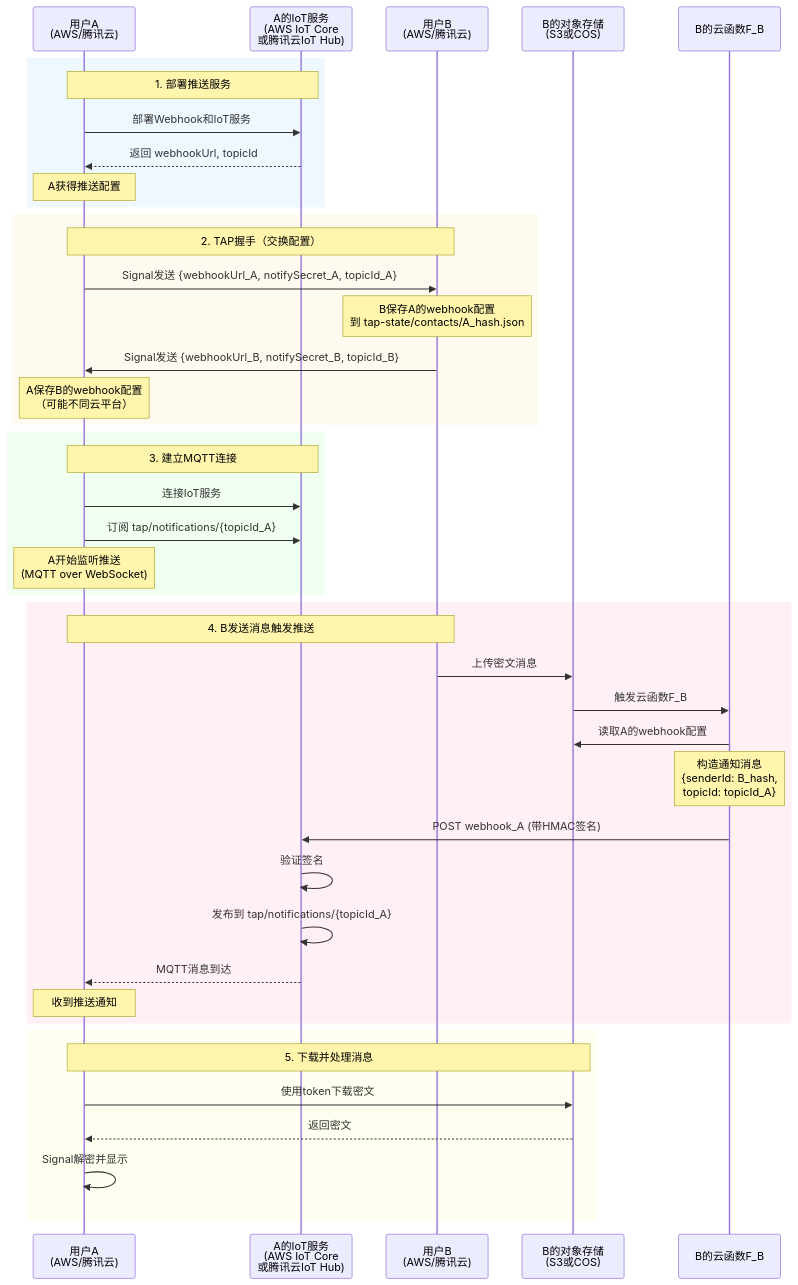
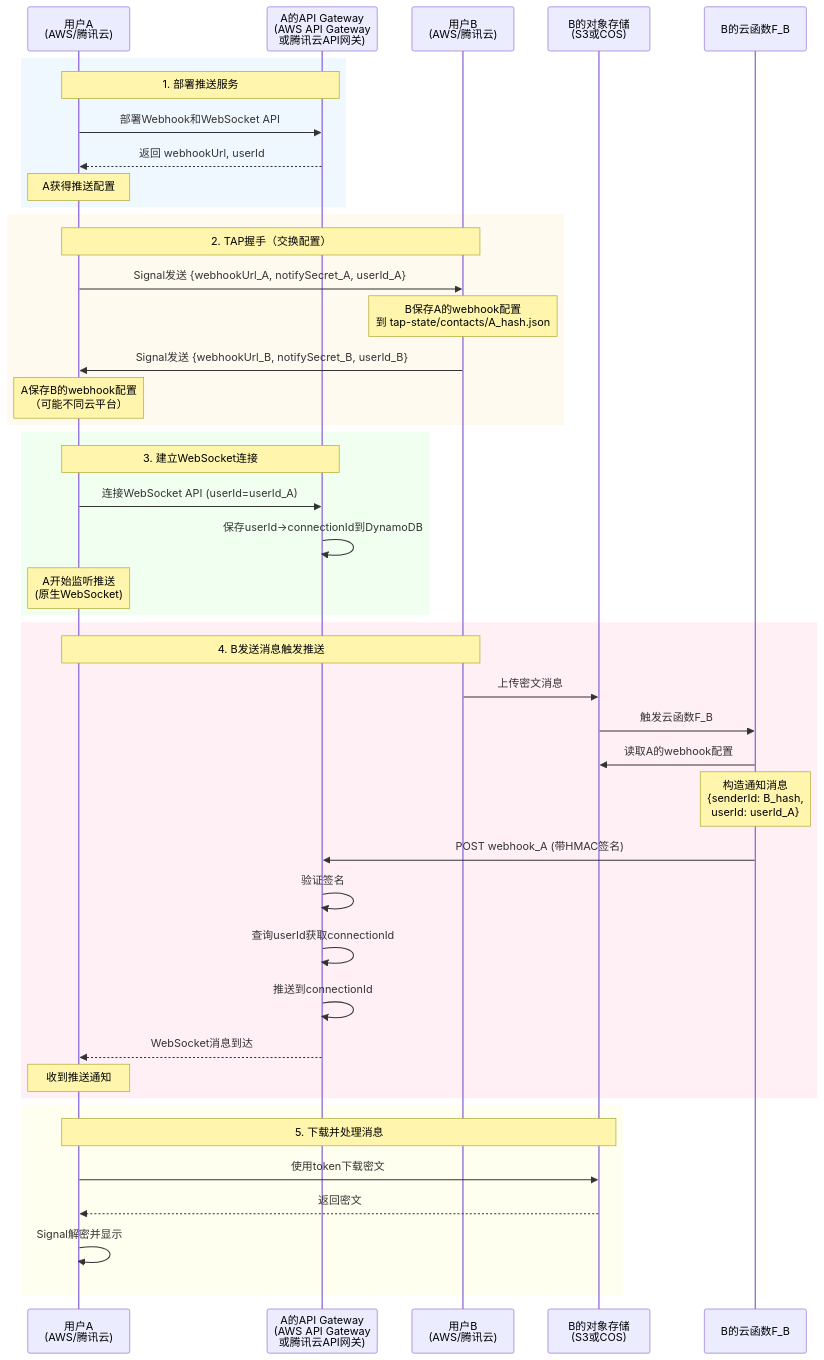
One commit to koabula/TapSignal changed the second of 2 diagrams in PLAN_Notice.md. Above: the diagram before and after it, drawn with Mermaid. The commit also changed other lines of this file and 64 other files, not shown here.

````diff
--- a/PLAN_Notice.md
+++ b/PLAN_Notice.md
@@ -262,50 +268,51 @@
 ```mermaid
 sequenceDiagram
     participant A as 用户A<br/>(AWS/腾讯云)
-    participant A_IoT as A的IoT服务<br/>(AWS IoT Core<br/>或腾讯云IoT Hub)
+    participant A_APIGW as A的API Gateway<br/>(AWS API Gateway<br/>或腾讯云API网关)
     participant B as 用户B<br/>(AWS/腾讯云)
     participant B_COS as B的对象存储<br/>(S3或COS)
     participant B_Lambda as B的云函数F_B
     
     rect rgb(240, 248, 255)
-        Note over A,A_IoT: 1. 部署推送服务
-        A->>A_IoT: 部署Webhook和IoT服务
-        A_IoT-->>A: 返回 webhookUrl, topicId
+        Note over A,A_APIGW: 1. 部署推送服务
+        A->>A_APIGW: 部署Webhook和WebSocket API
+        A_APIGW-->>A: 返回 webhookUrl, userId
         Note over A: A获得推送配置
     end
     
     rect rgb(255, 250, 240)
         Note over A,B: 2. TAP握手（交换配置）
-        A->>B: Signal发送 {webhookUrl_A, notifySecret_A, topicId_A}
+        A->>B: Signal发送 {webhookUrl_A, notifySecret_A, userId_A}
         Note over B: B保存A的webhook配置<br/>到 tap-state/contacts/A_hash.json
-        B->>A: Signal发送 {webhookUrl_B, notifySecret_B, topicId_B}
+        B->>A: Signal发送 {webhookUrl_B, notifySecret_B, userId_B}
         Note over A: A保存B的webhook配置<br/>（可能不同云平台）
     end
     
     rect rgb(240, 255, 240)
-        Note over A,A_IoT: 3. 建立MQTT连接
-        A->>A_IoT: 连接IoT服务
-        A->>A_IoT: 订阅 tap/notifications/{topicId_A}
-        Note over A: A开始监听推送<br/>(MQTT over WebSocket)
+        Note over A,A_APIGW: 3. 建立WebSocket连接
+        A->>A_APIGW: 连接WebSocket API (userId=userId_A)
+        A_APIGW->>A_APIGW: 保存userId→connectionId到DynamoDB
+        Note over A: A开始监听推送<br/>(原生WebSocket)
     end
     
     rect rgb(255, 240, 245)
         Note over B,A: 4. B发送消息触发推送
         B->>B_COS: 上传密文消息
         B_COS->>B_Lambda: 触发云函数F_B
         B_Lambda->>B_COS: 读取A的webhook配置
-        Note over B_Lambda: 构造通知消息<br/>{senderId: B_hash,<br/>topicId: topicId_A}
-        B_Lambda->>A_IoT: POST webhook_A (带HMAC签名)
-        A_IoT->>A_IoT: 验证签名
-        A_IoT->>A_IoT: 发布到 tap/notifications/{topicId_A}
-        A_IoT-->>A: MQTT消息到达
+        Note over B_Lambda: 构造通知消息<br/>{senderId: B_hash,<br/>userId: userId_A}
+        B_Lambda->>A_APIGW: POST webhook_A (带HMAC签名)
+        A_APIGW->>A_APIGW: 验证签名
+        A_APIGW->>A_APIGW: 查询userId获取connectionId
+        A_APIGW->>A_APIGW: 推送到connectionId
+        A_APIGW-->>A: WebSocket消息到达
         Note over A: 收到推送通知
     end
     
     rect rgb(255, 255, 240)
         Note over A,B_COS: 5. 下载并处理消息
         A->>B_COS: 使用token下载密文
         B_COS-->>A: 返回密文
         A->>A: Signal解密并显示
     end
 ```
````
